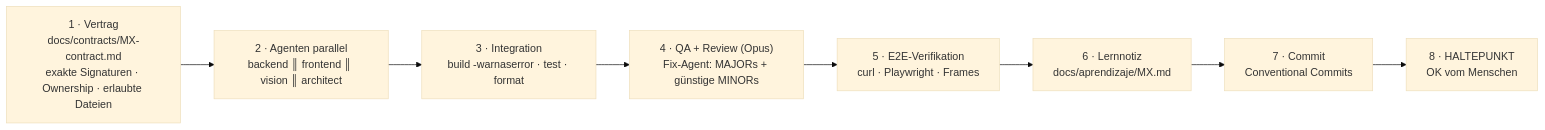
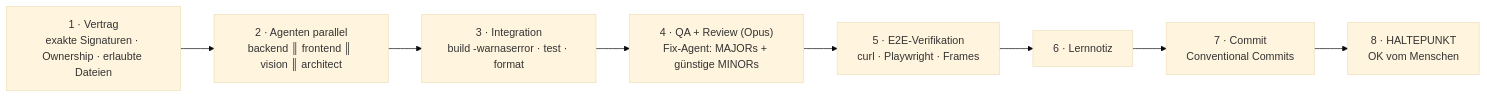
One commit to isma123nassif/QualityVision changed the sixth of 7 diagrams in docs/README.de.md. Above: the diagram before and after it, drawn with Mermaid (base theme). The commit also changed other lines of this file and 38 other files, not shown here.

````diff
--- a/docs/README.de.md
+++ b/docs/README.de.md
@@ -722,10 +722,10 @@
 ```mermaid
 flowchart LR
-    C["1 · Vertrag<br/>docs/contracts/MX-contract.md<br/>exakte Signaturen · Ownership · erlaubte Dateien"] --> P["2 · Agenten parallel<br/>backend ║ frontend ║ vision ║ architect"]
+    C["1 · Vertrag<br/>exakte Signaturen · Ownership · erlaubte Dateien"] --> P["2 · Agenten parallel<br/>backend ║ frontend ║ vision ║ architect"]
     P --> I["3 · Integration<br/>build -warnaserror · test · format"]
     I --> QA["4 · QA + Review (Opus)<br/>Fix-Agent: MAJORs + günstige MINORs"]
     QA --> E["5 · E2E-Verifikation<br/>curl · Playwright · Frames"]
-    E --> L["6 · Lernnotiz<br/>docs/aprendizaje/MX.md"]
+    E --> L["6 · Lernnotiz"]
     L --> G["7 · Commit<br/>Conventional Commits"]
     G --> S["8 · HALTEPUNKT<br/>OK vom Menschen"]
 ```
````
